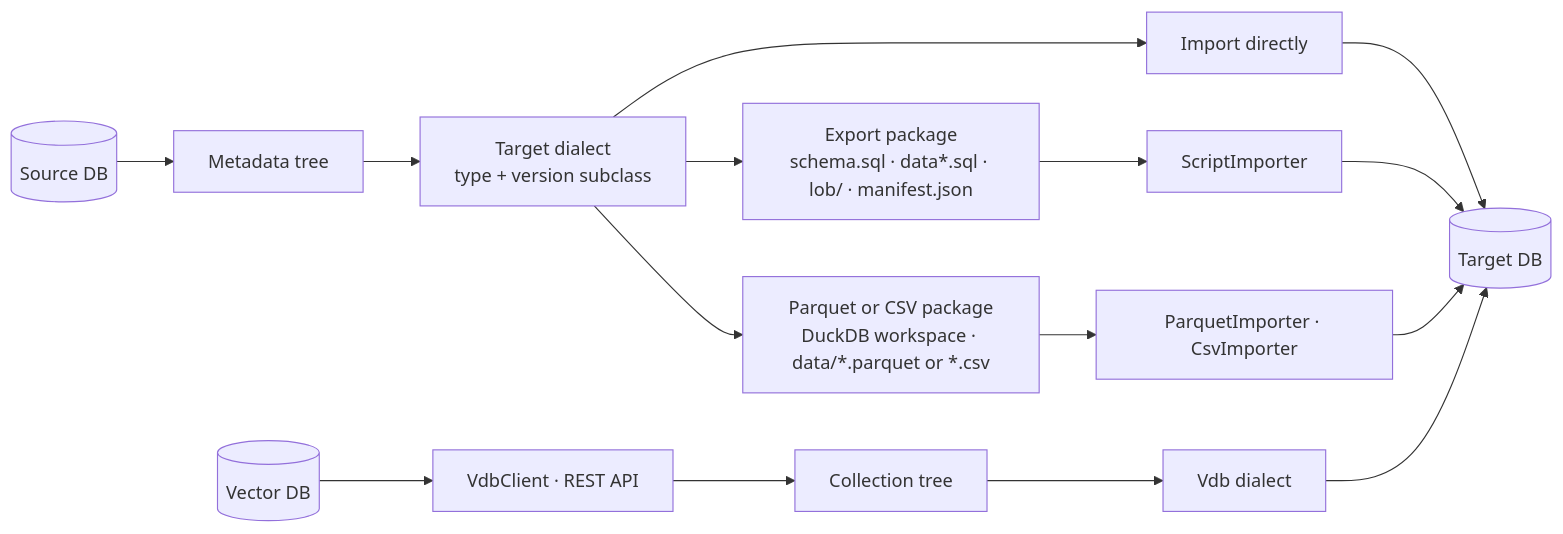
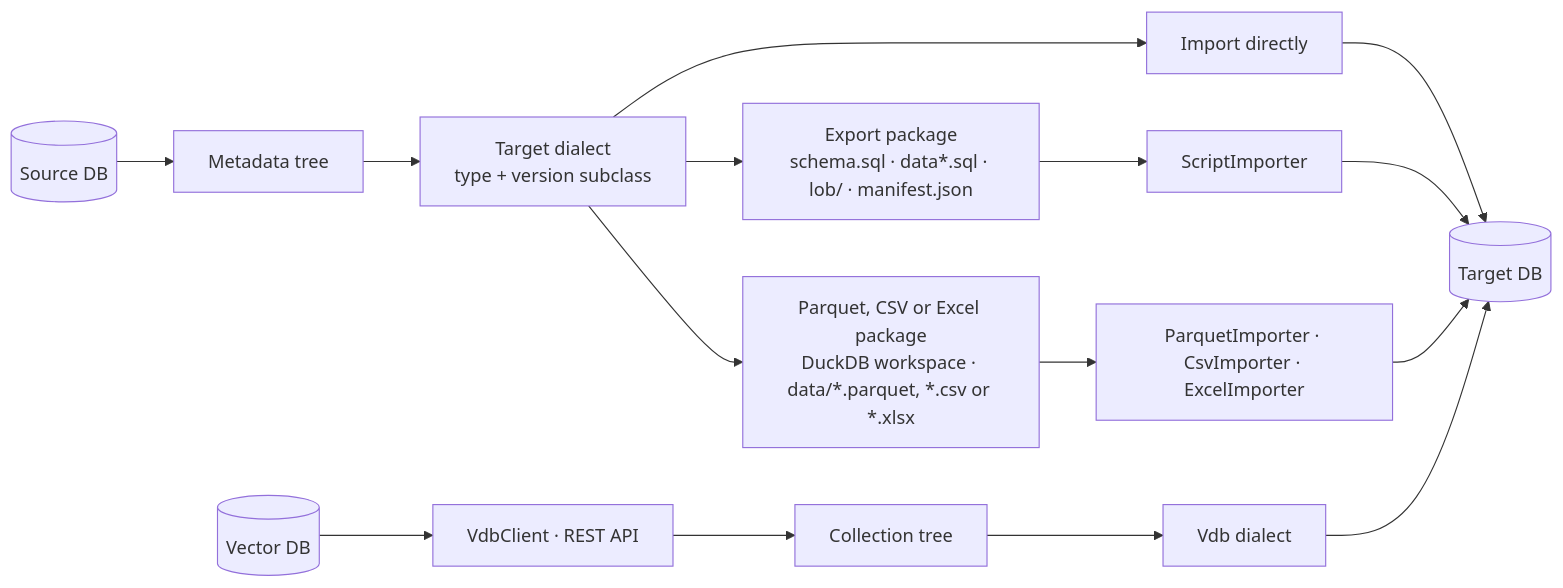
One commit to paganini2008/sqljam changed the diagram in docs/blogger/sqljam-en.md. Above: the diagram before and after it, drawn with Mermaid. The commit also changed other lines of this file and 79 other files, not shown here.

Commit message:
feat: Excel import and export, CSV and Excel classes in impexp.fs, Utils classes in utils

````diff
--- a/docs/blogger/sqljam-en.md
+++ b/docs/blogger/sqljam-en.md
@@ -151,11 +152,11 @@
 ```mermaid
 flowchart LR
     S[(Source DB)] --> T[Metadata tree]
     T --> D[Target dialect<br/>type + version subclass]
     D --> I[Import directly] --> TD[(Target DB)]
     D --> E[Export package<br/>schema.sql · data*.sql · lob/ · manifest.json]
     E --> SI[ScriptImporter] --> TD
-    D --> P[Parquet or CSV package<br/>DuckDB workspace · data/*.parquet or *.csv]
-    P --> PI[ParquetImporter · CsvImporter] --> TD
+    D --> P[Parquet, CSV or Excel package<br/>DuckDB workspace · data/*.parquet, *.csv or *.xlsx]
+    P --> PI[ParquetImporter · CsvImporter · ExcelImporter] --> TD
     V[(Vector DB)] --> VC[VdbClient · REST API] --> VT[Collection tree] --> VD[Vdb dialect] --> TD
 ```
````
